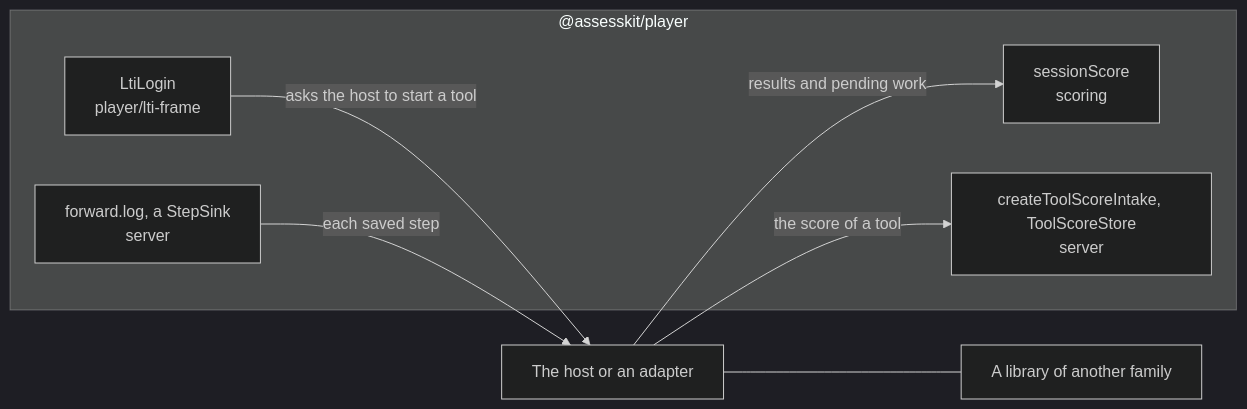
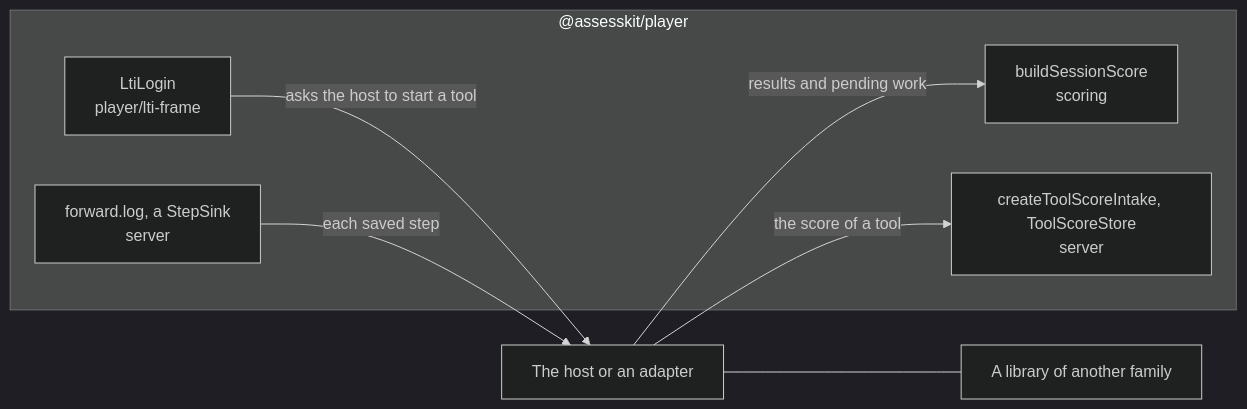
Before and after one commit to assesskit/assesskit: the second of 2 diagrams in docs/player/architecture.md, drawn with Mermaid (dark theme). The commit also changed other lines of this file and 80 other files, not shown here.

````diff
--- a/docs/player/architecture.md
+++ b/docs/player/architecture.md
@@ -73,16 +73,16 @@
 ```mermaid
 flowchart LR
   subgraph player["@assesskit/player"]
     login["LtiLogin<br/>player/lti-frame"]
     log["forward.log, a StepSink<br/>server"]
-    score["sessionScore<br/>scoring"]
+    score["buildSessionScore<br/>scoring"]
     intake["createToolScoreIntake, ToolScoreStore<br/>server"]
   end
   host["The host or an adapter"]
   lib["A library of another family"]
   login -->|asks the host to start a tool| host
   log -->|each saved step| host
   host -->|results and pending work| score
   host -->|the score of a tool| intake
   host --- lib
 ```
````
